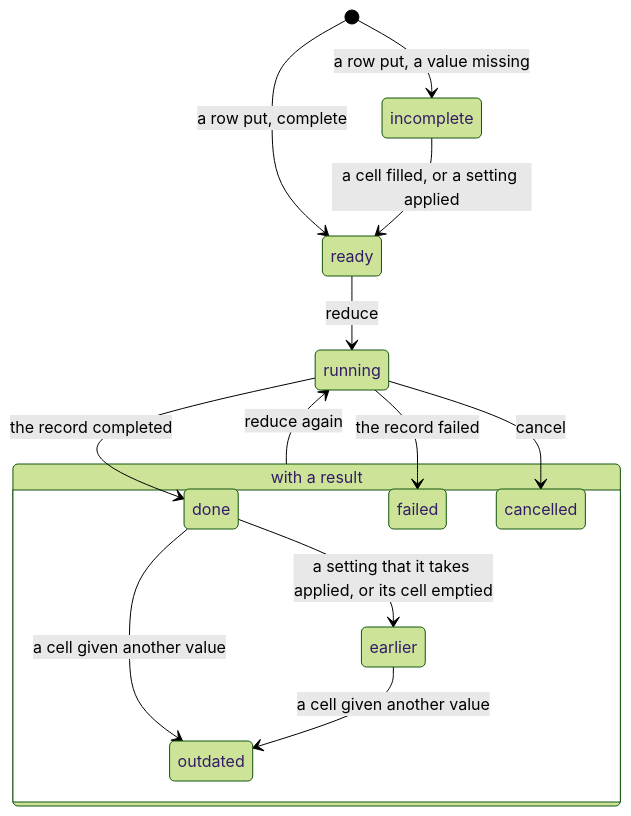
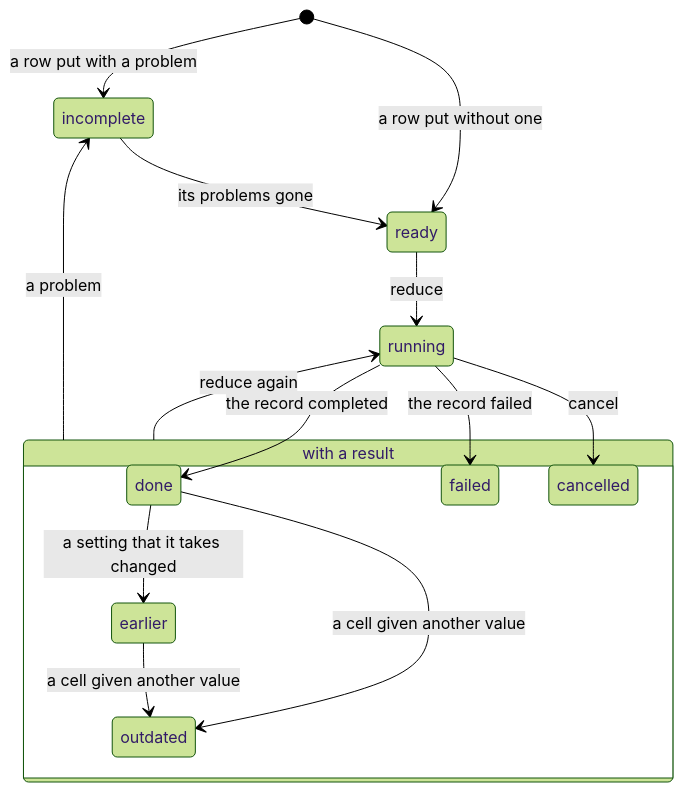
One commit to scipp/essapps changed the third of 5 diagrams in packages/essapps/docs/batch.md. Above: the diagram before and after it, drawn with Mermaid (forest theme). The commit also changed other lines of this file and 6 other files, not shown here.

First line of the commit message:
Each name a batch keeps as filled by its source is a column

````diff
--- a/packages/essapps/docs/batch.md
+++ b/packages/essapps/docs/batch.md
@@ -380,18 +380,19 @@
 ```mermaid
 stateDiagram-v2
-    [*] --> incomplete: a row put, a value missing
-    [*] --> ready: a row put, complete
-    incomplete --> ready: a cell filled, or a setting applied
+    [*] --> incomplete: a row put with a problem
+    [*] --> ready: a row put without one
+    incomplete --> ready: its problems gone
     ready --> running: reduce
     running --> done: the record completed
     running --> failed: the record failed
     running --> cancelled: cancel
     state "with a result" as result {
-        done --> earlier: a setting that it takes applied, or its cell emptied
+        done --> earlier: a setting that it takes changed
         done --> outdated: a cell given another value
         earlier --> outdated: a cell given another value
         failed
         cancelled
     }
     result --> running: reduce again
+    result --> incomplete: a problem
 ```
````
